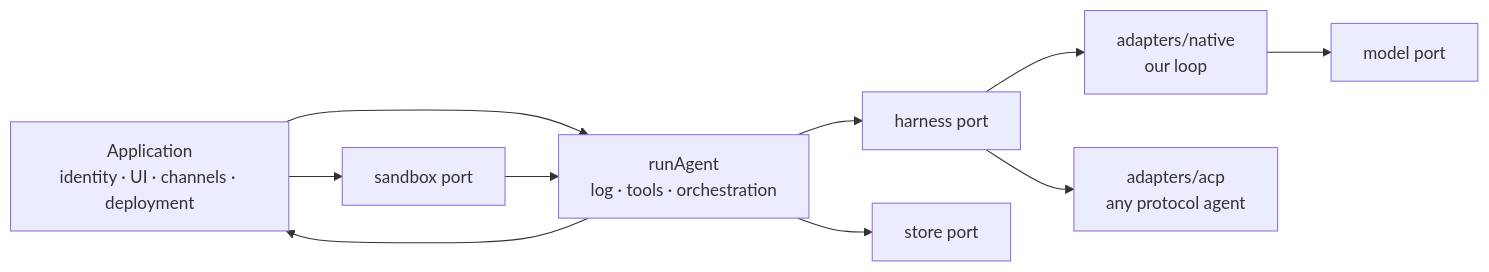
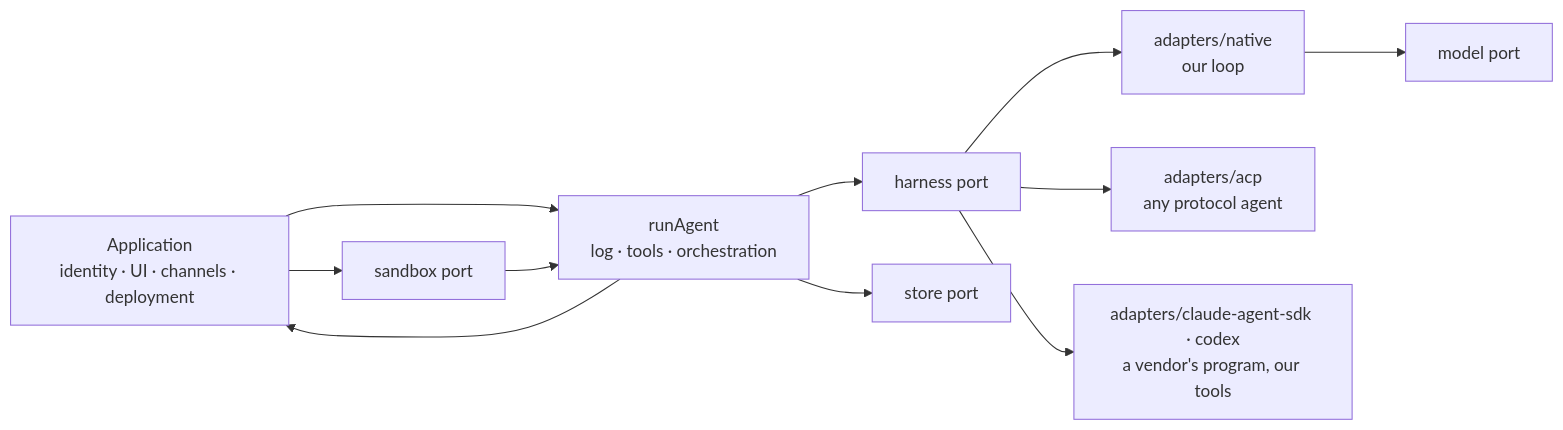
The diagram in docs/ARCHITECTURE.md (aj-dray/aglib), drawn with Mermaid before and after one commit. The commit also changed other lines of this file and 18 other files, not shown here.

First line of the commit message:
Run Claude Code or Codex as a harness with only our tools, so a subscription can pay for our agent

````diff
--- a/docs/ARCHITECTURE.md
+++ b/docs/ARCHITECTURE.md
@@ -5,21 +5,23 @@
 ```mermaid
 flowchart LR
   App[Application<br/>identity · UI · channels · deployment]
   Run[runAgent<br/>log · tools · orchestration]
   Harness[harness port]
   Native[adapters/native<br/>our loop]
   External[adapters/acp<br/>any protocol agent]
+  Vendor[adapters/claude-agent-sdk · codex<br/>a vendor's program, our tools]
   Model[model port]
   Store[store port]
   Sandbox[sandbox port]
 
   App --> Run
   Run --> Harness
   Run --> Store
   Harness --> Native
   Harness --> External
+  Harness --> Vendor
   Native --> Model
   App --> Sandbox
   Sandbox --> Run
   Run --> App
 ```
````
